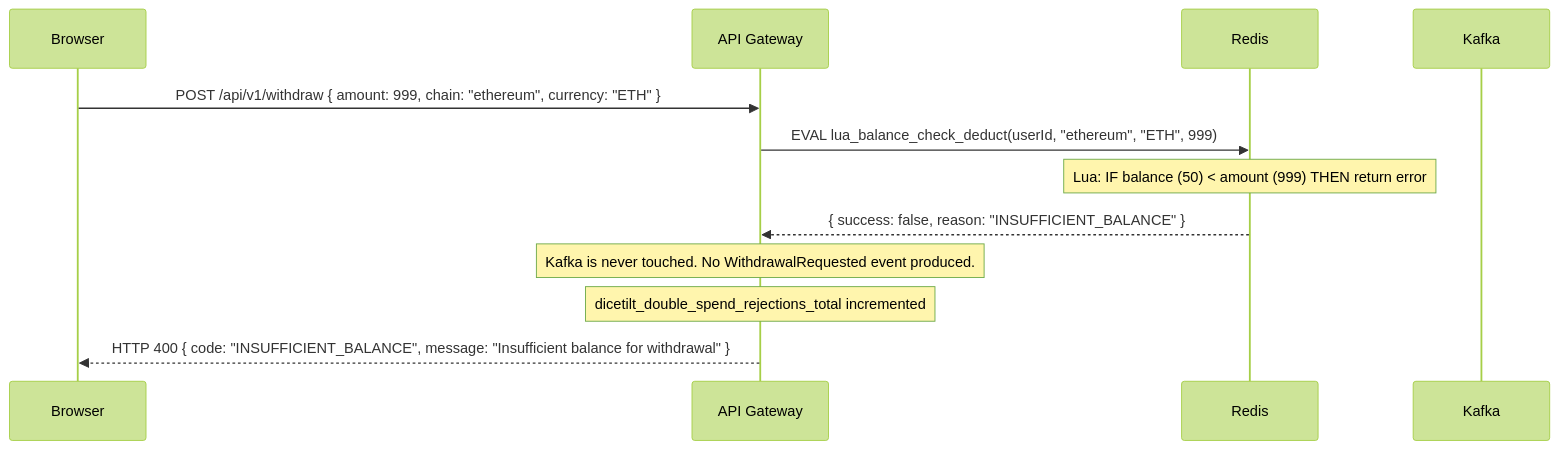
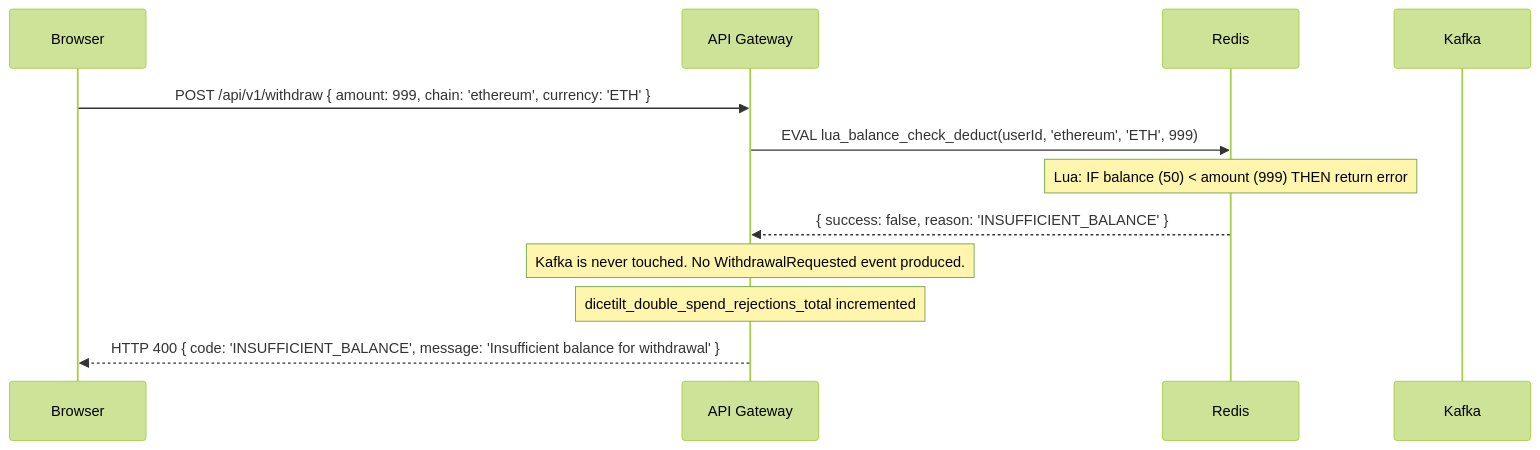
Before and after one commit to Fennzo/DiceTilt: the sixth of 9 diagrams in documentation/blockchain-flows.md, drawn with Mermaid (forest theme). The commit also changed other lines of this file and 16 other files, not shown here.

````diff
--- a/documentation/blockchain-flows.md
+++ b/documentation/blockchain-flows.md
@@ -287,17 +290,17 @@
 ```mermaid
 sequenceDiagram
     participant B as Browser
     participant API as API Gateway
     participant Redis as Redis
     participant Kafka as Kafka
 
-    B->>API: POST /api/v1/withdraw { amount: 999, chain: "ethereum", currency: "ETH" }
+    B->>API: POST /api/v1/withdraw { amount: 999, chain: 'ethereum', currency: 'ETH' }
 
-    API->>Redis: EVAL lua_balance_check_deduct(userId, "ethereum", "ETH", 999)
+    API->>Redis: EVAL lua_balance_check_deduct(userId, 'ethereum', 'ETH', 999)
     Note over Redis: Lua: IF balance (50) < amount (999) THEN return error
-    Redis-->>API: { success: false, reason: "INSUFFICIENT_BALANCE" }
+    Redis-->>API: { success: false, reason: 'INSUFFICIENT_BALANCE' }
 
     Note over API: Kafka is never touched. No WithdrawalRequested event produced.
     Note over API: dicetilt_double_spend_rejections_total incremented
-    API-->>B: HTTP 400 { code: "INSUFFICIENT_BALANCE", message: "Insufficient balance for withdrawal" }
+    API-->>B: HTTP 400 { code: 'INSUFFICIENT_BALANCE', message: 'Insufficient balance for withdrawal' }
 ```
````
